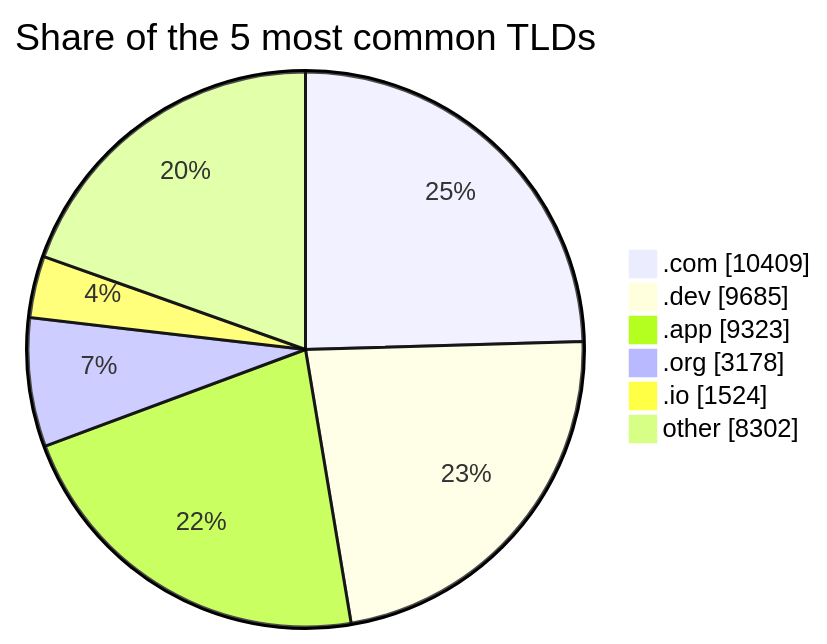
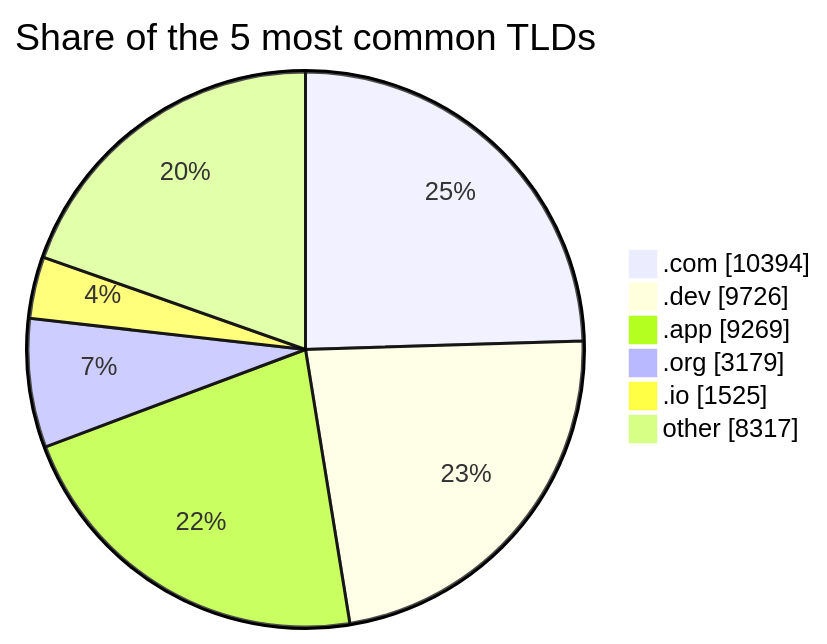
Before and after one commit to DNSBunker/CTI: the third of 3 diagrams in README.md, drawn with Mermaid. The commit also changed other lines of this file and 3 other files, not shown here.

````diff
--- a/README.md
+++ b/README.md
@@ -81,9 +81,9 @@
 ```mermaid
 pie showData title Share of the 5 most common TLDs
-    ".com" : 10409
-    ".dev" : 9685
-    ".app" : 9323
-    ".org" : 3178
-    ".io" : 1524
-    "other" : 8302
+    ".com" : 10394
+    ".dev" : 9726
+    ".app" : 9269
+    ".org" : 3179
+    ".io" : 1525
+    "other" : 8317
 ```
````
